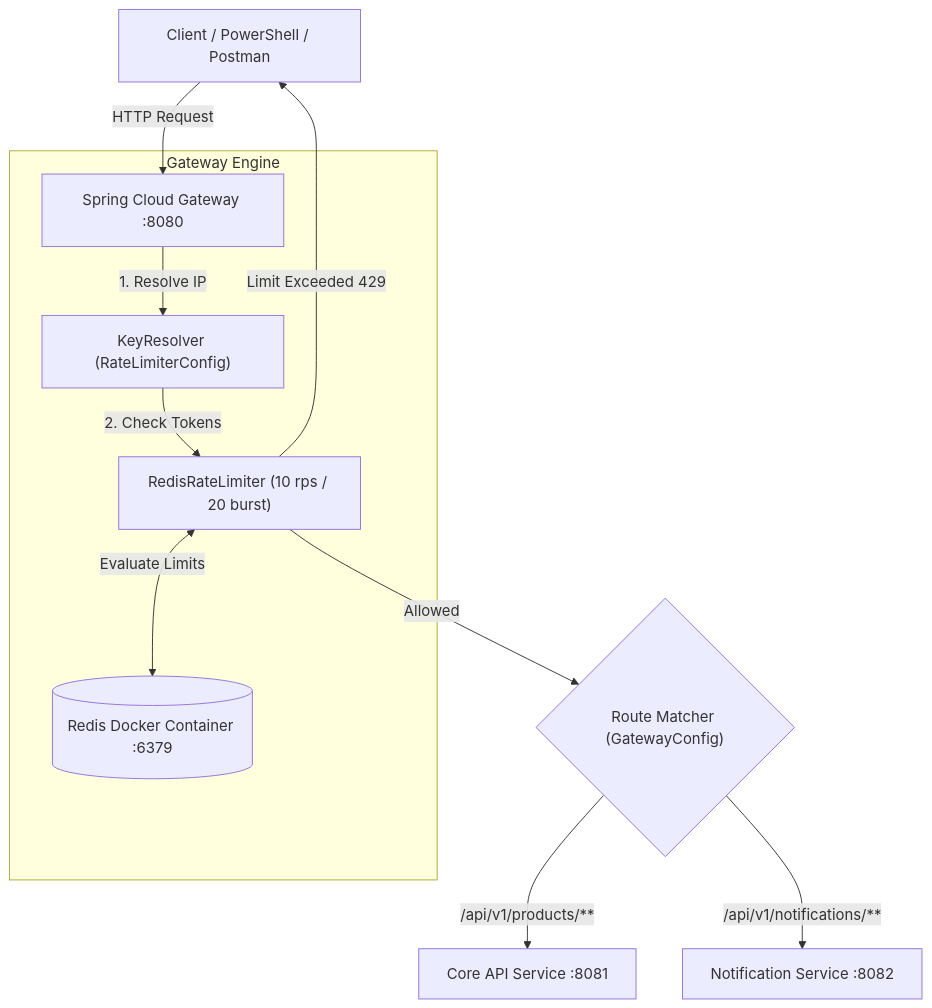
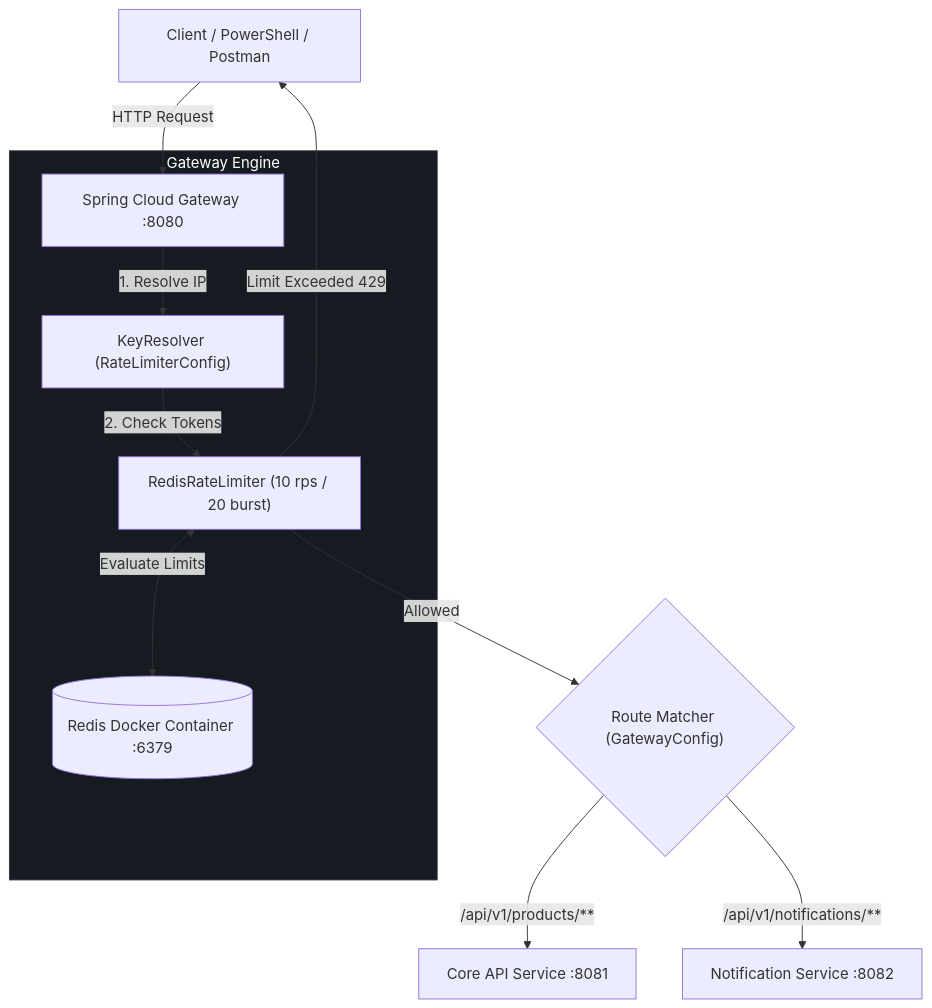
Before and after one commit to yusufkayiss/api-gateway: the first of 2 diagrams in README.md, drawn with Mermaid. The commit also changed other lines of this file, not shown here.

Commit message:
Refactor architectural diagrams and enhance descriptions
Updated subgraph names in architectural diagrams and added styling for 'Gateway Engine'. Improved descriptions in both English and Turkish sections.

````diff
--- a/README.md
+++ b/README.md
@@ -24,16 +24,18 @@
 ```mermaid
 graph TD
     Client[Client / PowerShell / Postman] -->|HTTP Request| Gateway[Spring Cloud Gateway :8080]
     
-    subgraph Gateway Engine
+    subgraph GatewayEngine ["Gateway Engine"]
         Gateway -->|1. Resolve IP| KeyRes["KeyResolver (RateLimiterConfig)"]
         KeyRes -->|2. Check Tokens| RedisLimiter["RedisRateLimiter (10 rps / 20 burst)"]
         RedisLimiter <-->|Evaluate Limits| Redis[(Redis Docker Container :6379)]
     end
     
     RedisLimiter -->|Limit Exceeded 429| Client
     RedisLimiter -->|Allowed| Routing{"Route Matcher (GatewayConfig)"}
     
     Routing -->|/api/v1/products/**| CoreAPI["Core API Service :8081"]
     Routing -->|/api/v1/notifications/**| NotifAPI["Notification Service :8082"]
+
+    style GatewayEngine fill:#161b22,stroke:#30363d,stroke-width:1px,color:#fff
 ```
````
